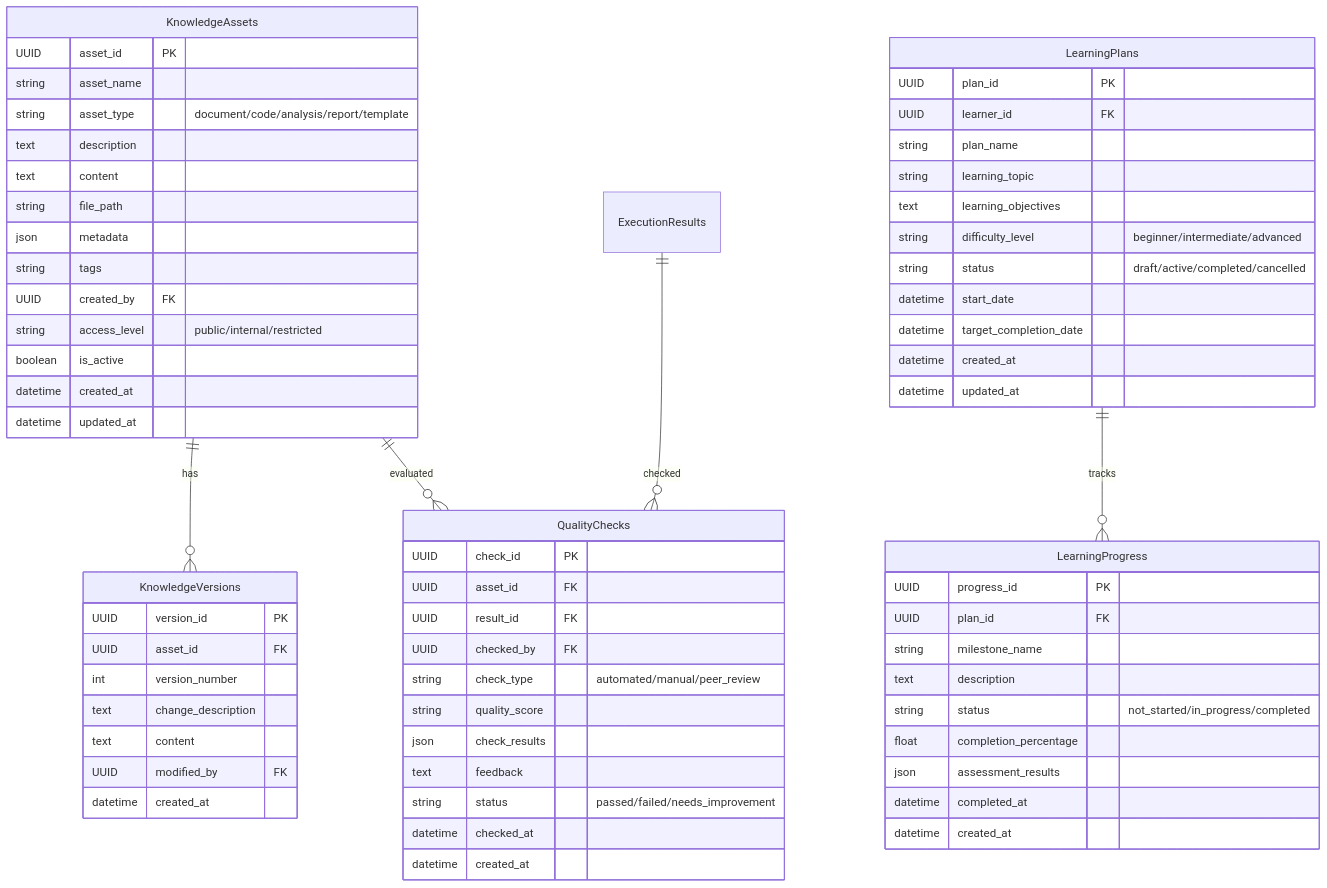
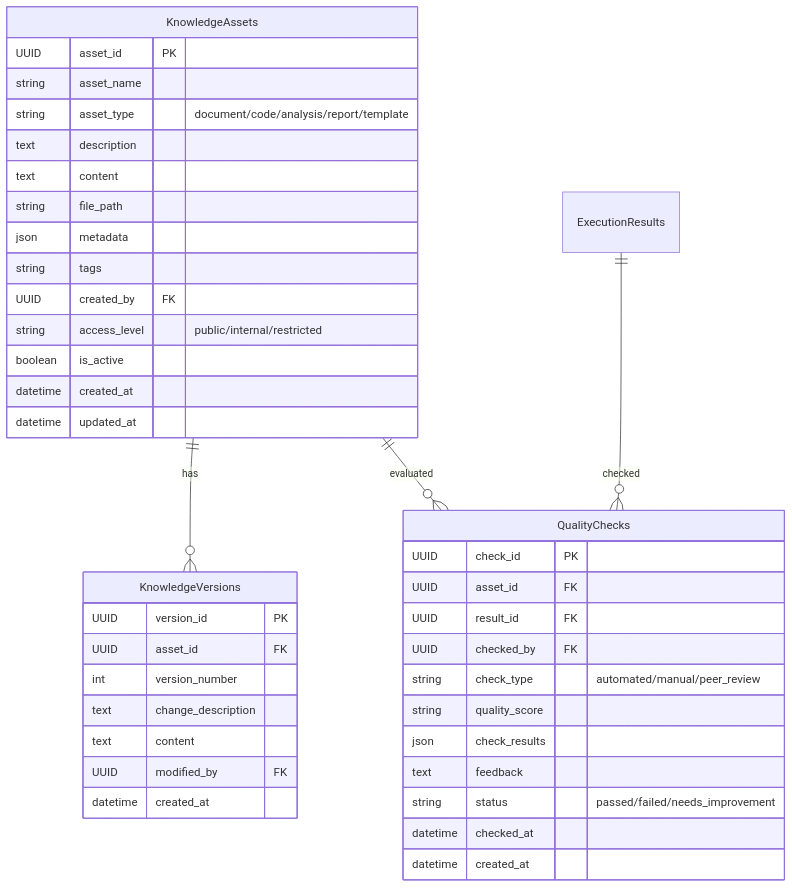
Diagram 11 of 15 in docs/030000_設計/035000_データ設計/035010_ER図.md (daichiTAAA/AgentOpsPlatform), drawn with Mermaid before and after one commit. The commit also changed other lines of this file, not shown here.

````diff
--- a/docs/030000_設計/035000_データ設計/035010_ER図.md
+++ b/docs/030000_設計/035000_データ設計/035010_ER図.md
@@ -545,73 +612,46 @@
 ```mermaid
 erDiagram
     KnowledgeAssets {
         UUID asset_id PK
         string asset_name
         string asset_type "document/code/analysis/report/template"
         text description
         text content
         string file_path
         json metadata
         string tags
         UUID created_by FK
         string access_level "public/internal/restricted"
         boolean is_active
         datetime created_at
         datetime updated_at
     }
     
     KnowledgeVersions {
         UUID version_id PK
         UUID asset_id FK
         int version_number
         text change_description
         text content
         UUID modified_by FK
         datetime created_at
     }
     
-    LearningPlans {
-        UUID plan_id PK
-        UUID learner_id FK
-        string plan_name
-        string learning_topic
-        text learning_objectives
-        string difficulty_level "beginner/intermediate/advanced"
-        string status "draft/active/completed/cancelled"
-        datetime start_date
-        datetime target_completion_date
-        datetime created_at
-        datetime updated_at
-    }
-    
-    LearningProgress {
-        UUID progress_id PK
-        UUID plan_id FK
-        string milestone_name
-        text description
-        string status "not_started/in_progress/completed"
-        float completion_percentage
-        json assessment_results
-        datetime completed_at
-        datetime created_at
-    }
-    
     QualityChecks {
         UUID check_id PK
         UUID asset_id FK
         UUID result_id FK
         UUID checked_by FK
         string check_type "automated/manual/peer_review"
         string quality_score
         json check_results
         text feedback
         string status "passed/failed/needs_improvement"
         datetime checked_at
         datetime created_at
     }
     
     KnowledgeAssets ||--o{ KnowledgeVersions : has
-    LearningPlans ||--o{ LearningProgress : tracks
     KnowledgeAssets ||--o{ QualityChecks : evaluated
     ExecutionResults ||--o{ QualityChecks : checked
 ```
````
